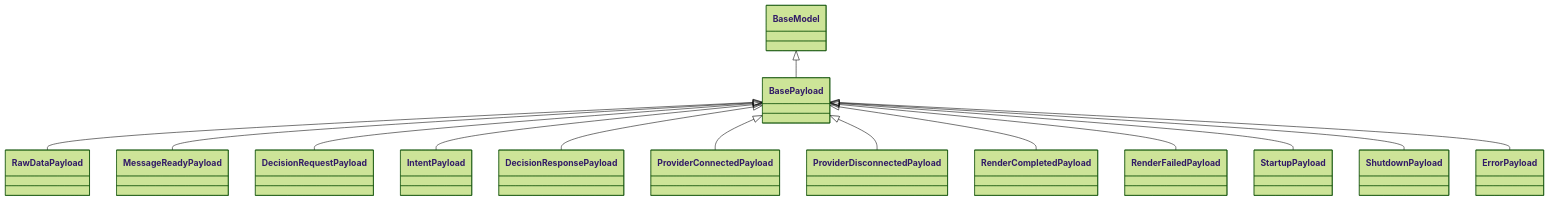
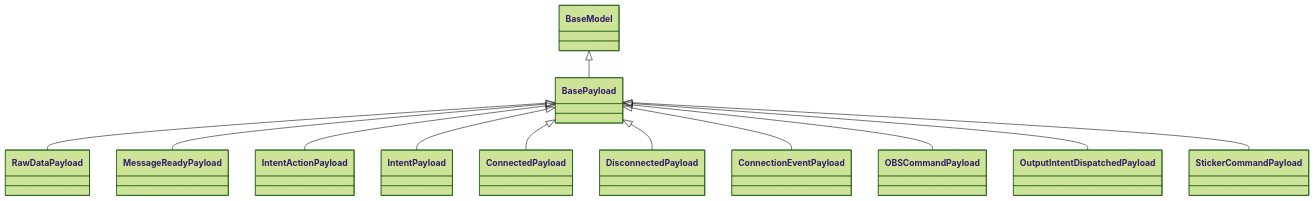
One commit to Mai-with-u/Amaidesu changed the second of 4 diagrams in docs/architecture/event-system.md. Above: the diagram before and after it, drawn with Mermaid (forest theme). The commit also changed other lines of this file and 4 other files, not shown here.

````diff
--- a/docs/architecture/event-system.md
+++ b/docs/architecture/event-system.md
@@ -256,16 +234,14 @@
 ```mermaid
 classDiagram
     BaseModel <|-- BasePayload
     BasePayload <|-- RawDataPayload
     BasePayload <|-- MessageReadyPayload
-    BasePayload <|-- DecisionRequestPayload
+    BasePayload <|-- IntentActionPayload
     BasePayload <|-- IntentPayload
-    BasePayload <|-- DecisionResponsePayload
-    BasePayload <|-- ProviderConnectedPayload
-    BasePayload <|-- ProviderDisconnectedPayload
-    BasePayload <|-- RenderCompletedPayload
-    BasePayload <|-- RenderFailedPayload
-    BasePayload <|-- StartupPayload
-    BasePayload <|-- ShutdownPayload
-    BasePayload <|-- ErrorPayload
+    BasePayload <|-- ConnectedPayload
+    BasePayload <|-- DisconnectedPayload
+    BasePayload <|-- ConnectionEventPayload
+    BasePayload <|-- OBSCommandPayload
+    BasePayload <|-- OutputIntentDispatchedPayload
+    BasePayload <|-- StickerCommandPayload
 ```
````
